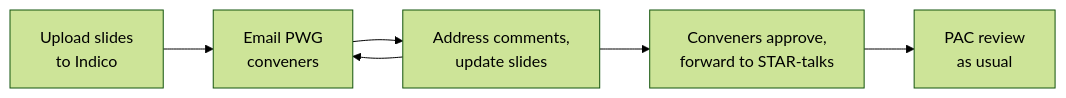
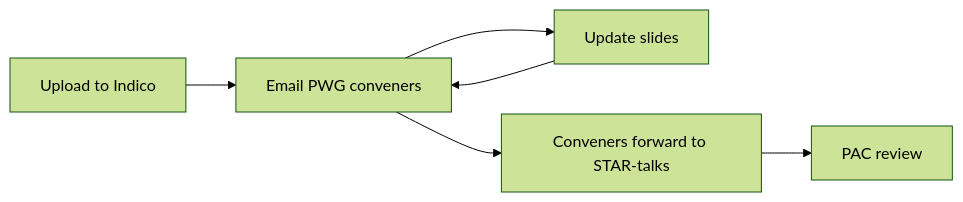
Before and after one commit to star-juniors/star-juniors.github.io: the second of 2 diagrams in docs/drupal_indico.md, drawn with Mermaid (forest theme). The commit also changed other lines of this file, not shown here.

Commit message:
Shorten Drupal/Indico page, add Indico screenshots and links

````diff
--- a/docs/drupal_indico.md
+++ b/docs/drupal_indico.md
@@ -151,8 +103,8 @@
 ```mermaid
 flowchart LR
-    A["Upload slides<br>to Indico"] --> B["Email PWG<br>conveners"]
-    B --> C["Address comments,<br>update slides"]
+    A[Upload to Indico] --> B[Email PWG conveners]
+    B --> C[Update slides]
     C --> B
-    C --> D["Conveners approve,<br>forward to STAR-talks"]
-    D --> E["PAC review<br>as usual"]
+    B --> D[Conveners forward to STAR-talks]
+    D --> E[PAC review]
 ```
````
